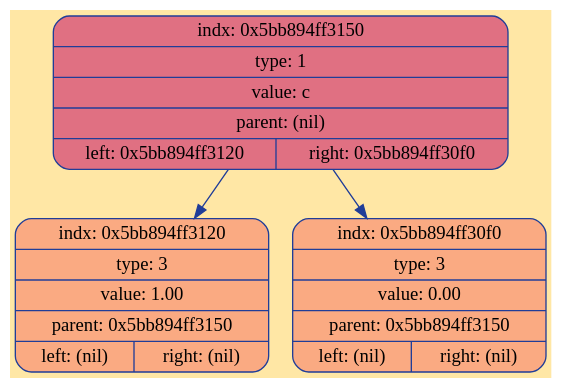
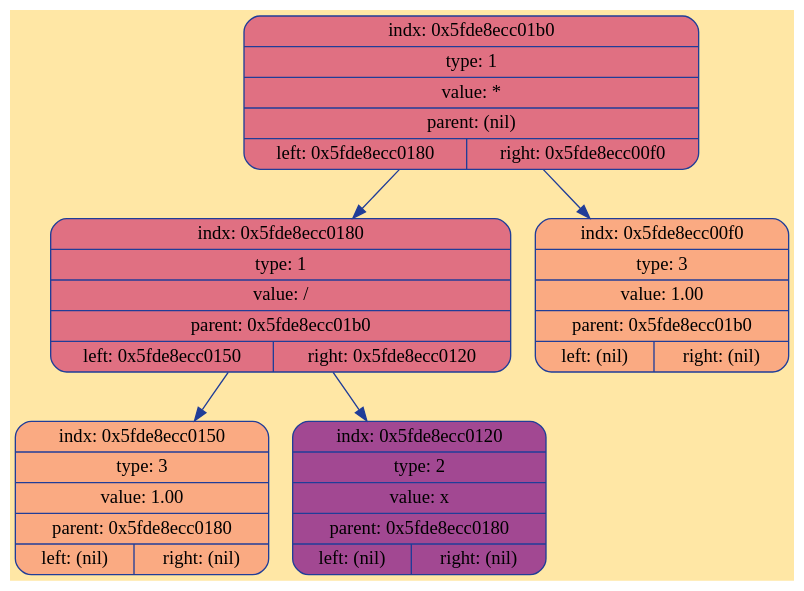
Before and after one commit to ksshkh/differentiator: the diagram in debug/tree.dot, drawn with Graphviz. The commit also changed 5 other files, not shown here.

```diff
--- a/debug/tree.dot
+++ b/debug/tree.dot
@@ -1,11 +1,15 @@
 digraph Tree {
 	rankdir = TB;
 	node [shape = record];
 	edge [color = "#203D98"];
 	bgcolor = "#FFE7A5";
-	node0x5bb894ff3150 [color = "#203D98", shape = Mrecord, style = filled, fillcolor = "#E07082", label = "{indx: 0x5bb894ff3150 | type: 1 | value: c | parent: (nil) | { left: 0x5bb894ff3120 | right: 0x5bb894ff30f0}}"];
-		node0x5bb894ff3150 -> node0x5bb894ff3120
-	node0x5bb894ff3120 [color = "#203D98", shape = Mrecord, style = filled, fillcolor = "#FAAA82", label = "{indx: 0x5bb894ff3120 | type: 3 | value: 1.00 | parent: 0x5bb894ff3150 | { left: (nil) | right: (nil)}}"];
-		node0x5bb894ff3150 -> node0x5bb894ff30f0
-	node0x5bb894ff30f0 [color = "#203D98", shape = Mrecord, style = filled, fillcolor = "#FAAA82", label = "{indx: 0x5bb894ff30f0 | type: 3 | value: 0.00 | parent: 0x5bb894ff3150 | { left: (nil) | right: (nil)}}"];
+	node0x5fde8ecc01b0 [color = "#203D98", shape = Mrecord, style = filled, fillcolor = "#E07082", label = "{indx: 0x5fde8ecc01b0 | type: 1 | value: * | parent: (nil) | { left: 0x5fde8ecc0180 | right: 0x5fde8ecc00f0}}"];
+		node0x5fde8ecc01b0 -> node0x5fde8ecc0180
+	node0x5fde8ecc0180 [color = "#203D98", shape = Mrecord, style = filled, fillcolor = "#E07082", label = "{indx: 0x5fde8ecc0180 | type: 1 | value: / | parent: 0x5fde8ecc01b0 | { left: 0x5fde8ecc0150 | right: 0x5fde8ecc0120}}"];
+		node0x5fde8ecc0180 -> node0x5fde8ecc0150
+	node0x5fde8ecc0150 [color = "#203D98", shape = Mrecord, style = filled, fillcolor = "#FAAA82", label = "{indx: 0x5fde8ecc0150 | type: 3 | value: 1.00 | parent: 0x5fde8ecc0180 | { left: (nil) | right: (nil)}}"];
+		node0x5fde8ecc0180 -> node0x5fde8ecc0120
+	node0x5fde8ecc0120 [color = "#203D98", shape = Mrecord, style = filled, fillcolor = "#A24892", label = "{indx: 0x5fde8ecc0120 | type: 2 | value: x | parent: 0x5fde8ecc0180 | { left: (nil) | right: (nil)}}"];
+		node0x5fde8ecc01b0 -> node0x5fde8ecc00f0
+	node0x5fde8ecc00f0 [color = "#203D98", shape = Mrecord, style = filled, fillcolor = "#FAAA82", label = "{indx: 0x5fde8ecc00f0 | type: 3 | value: 1.00 | parent: 0x5fde8ecc01b0 | { left: (nil) | right: (nil)}}"];
 }
```
